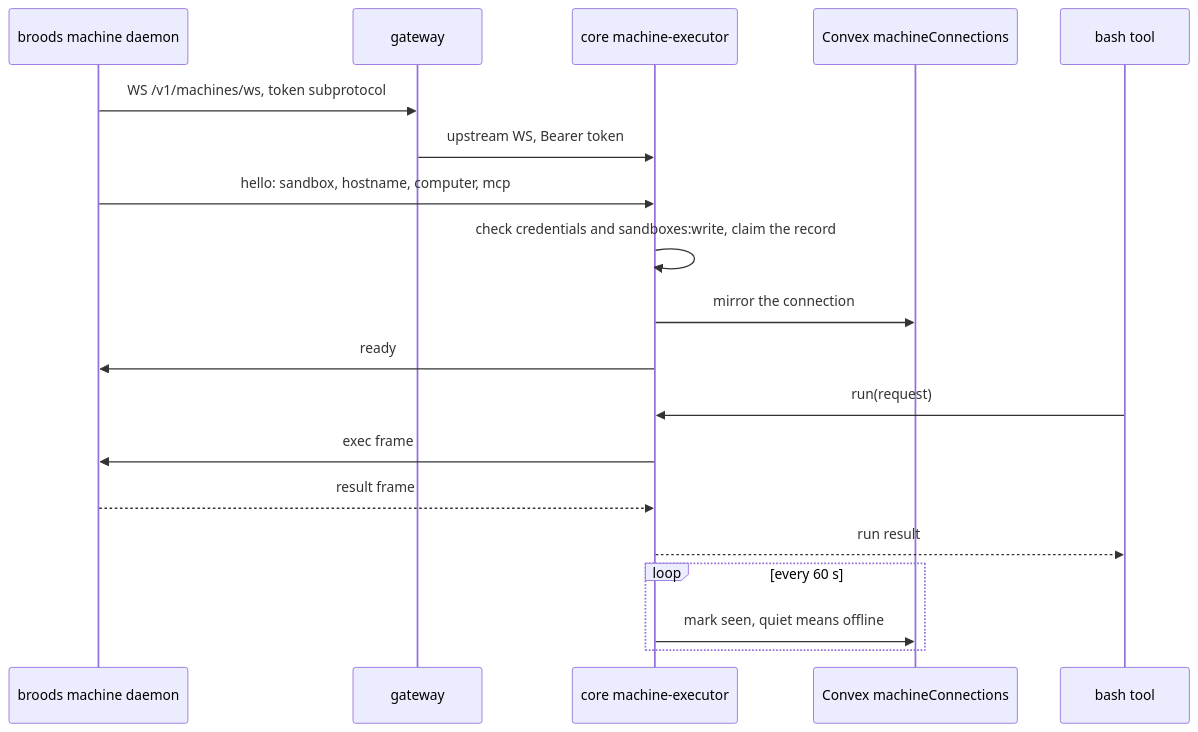
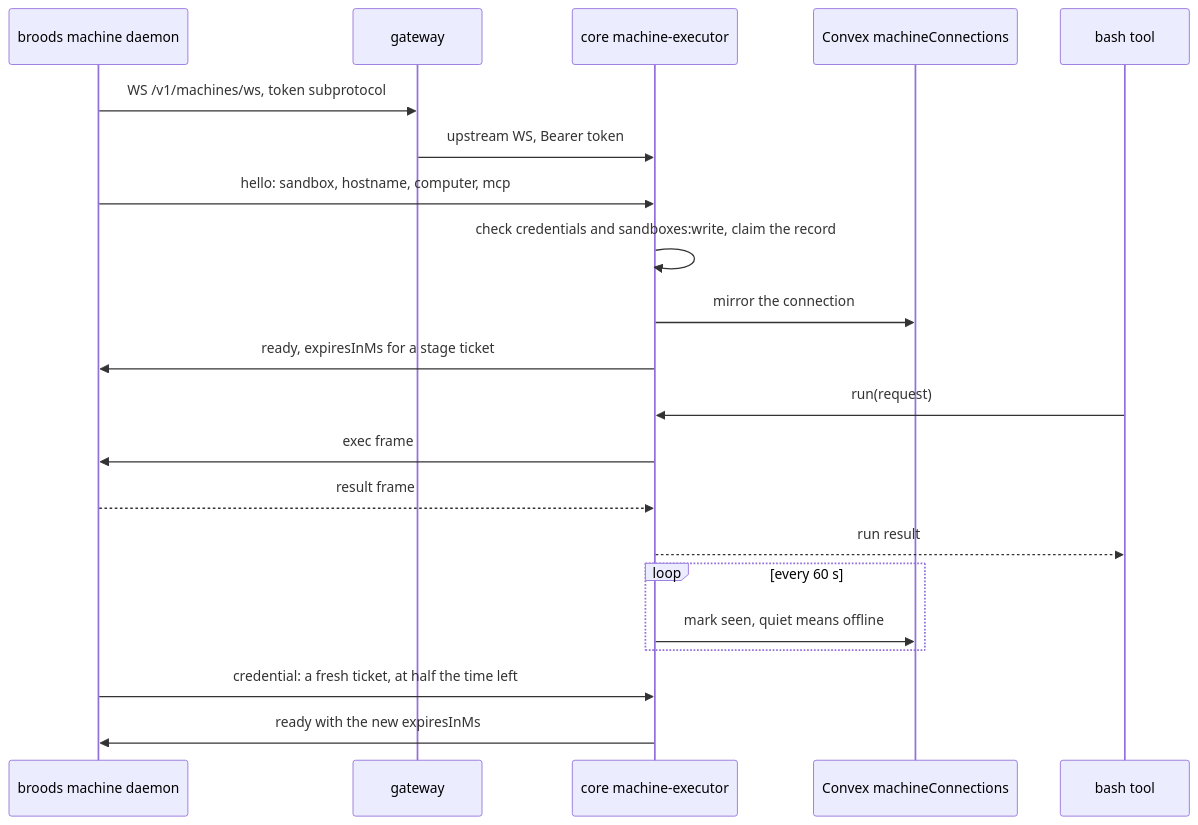
One commit to beeblastco/broods changed diagram 18 of 21 in apps/docs/docs/internals/sandboxes.md. Above: the diagram before and after it, drawn with Mermaid. The commit also changed other lines of this file and 73 other files, not shown here.

````diff
--- a/apps/docs/docs/internals/sandboxes.md
+++ b/apps/docs/docs/internals/sandboxes.md
@@ -534,22 +534,24 @@
 ```mermaid
 sequenceDiagram
   participant D as broods machine daemon
   participant G as gateway
   participant Core as core machine-executor
   participant CVX as Convex machineConnections
   participant T as bash tool
 
   D->>G: WS /v1/machines/ws, token subprotocol
   G->>Core: upstream WS, Bearer token
   D->>Core: hello: sandbox, hostname, computer, mcp
   Core->>Core: check credentials and sandboxes:write, claim the record
   Core->>CVX: mirror the connection
-  Core->>D: ready
+  Core->>D: ready, expiresInMs for a stage ticket
   T->>Core: run(request)
   Core->>D: exec frame
   D-->>Core: result frame
   Core-->>T: run result
   loop every 60 s
     Core->>CVX: mark seen, quiet means offline
   end
+  D->>Core: credential: a fresh ticket, at half the time left
+  Core->>D: ready with the new expiresInMs
 ```
````
